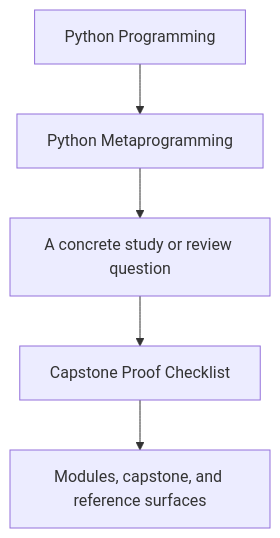
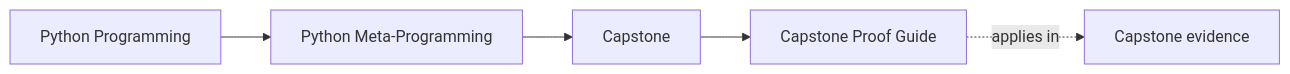
Before and after one commit to bijux/bijux-masterclass: the first of 2 diagrams in programs/python-programming/python-meta-programming/course-book/capstone/capstone-proof-guide.md, drawn with Mermaid. The commit also changed other lines of this file and 91 other files, not shown here.

Commit message:
docs(python-meta-programming): map advanced runtime and capstone surfaces

````diff
--- a/programs/python-programming/python-meta-programming/course-book/capstone/capstone-proof-guide.md
+++ b/programs/python-programming/python-meta-programming/course-book/capstone/capstone-proof-guide.md
@@ -6,7 +6,11 @@
 ```mermaid
-flowchart TD
-  family["Python Programming"] --> program["Python Metaprogramming"]
-  program --> pressure["A concrete study or review question"]
-  pressure --> guide["Capstone Proof Checklist"]
-  guide --> next["Modules, capstone, and reference surfaces"]
+graph LR
+  family["Python Programming"]
+  program["Python Meta-Programming"]
+  section["Capstone"]
+  page["Capstone Proof Guide"]
+  capstone["Capstone evidence"]
+
+  family --> program --> section --> page
+  page -.applies in.-> capstone
 ```
````
